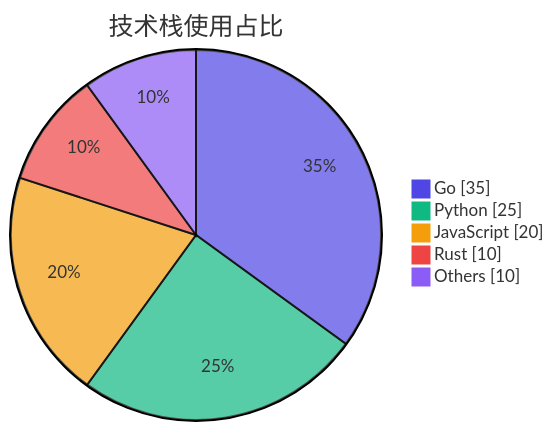
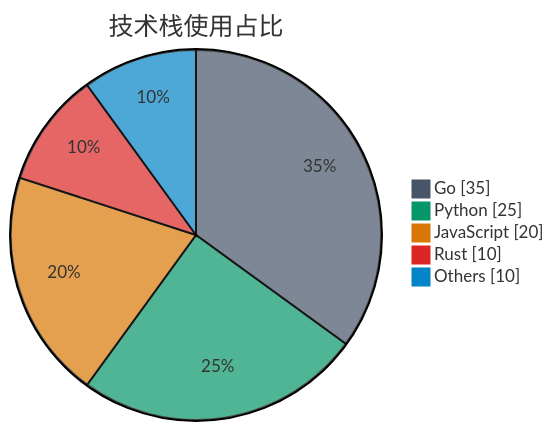
Diagram 11 of 17 in mermaid-generator/SKILL.md (unix2dos/skills), drawn with Mermaid before and after one commit. The commit also changed other lines of this file, not shown here.

````diff
--- a/mermaid-generator/SKILL.md
+++ b/mermaid-generator/SKILL.md
@@ -376,10 +376,10 @@
 ```mermaid
-%%{init: {'theme': 'base', 'themeVariables': {'pie1': '#4F46E5', 'pie2': '#10B981', 'pie3': '#F59E0B', 'pie4': '#EF4444', 'pie5': '#8B5CF6', 'pie6': '#EC4899', 'pie7': '#06B6D4'}}}%%
+%%{init: {'theme': 'base', 'themeVariables': {'pie1': '#475569', 'pie2': '#059669', 'pie3': '#D97706', 'pie4': '#DC2626', 'pie5': '#0284C7', 'pie6': '#64748B', 'pie7': '#94A3B8'}}}%%
 pie showData
     title 技术栈使用占比
     "Go" : 35
     "Python" : 25
     "JavaScript" : 20
     "Rust" : 10
     "Others" : 10
 ```
````
